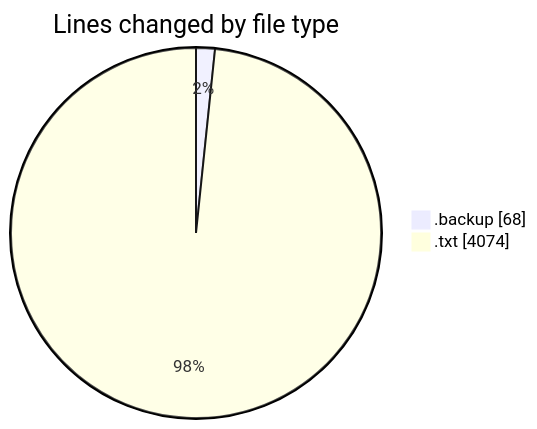
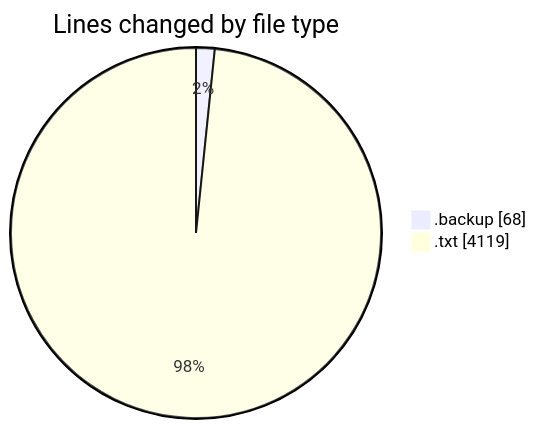
The first of 2 diagrams in 2026-11-25/informesdocpath/README.md (ricardozamudiocil/code-tracking), drawn with Mermaid before and after one commit. The commit also changed other lines of this file and 1 other file, not shown here.

````diff
--- a/2026-11-25/informesdocpath/README.md
+++ b/2026-11-25/informesdocpath/README.md
@@ -22,6 +22,6 @@
 ```mermaid
 pie showData
 title Lines changed by file type
 ".backup" : 68
-".txt" : 4074
+".txt" : 4119
 ```
````
